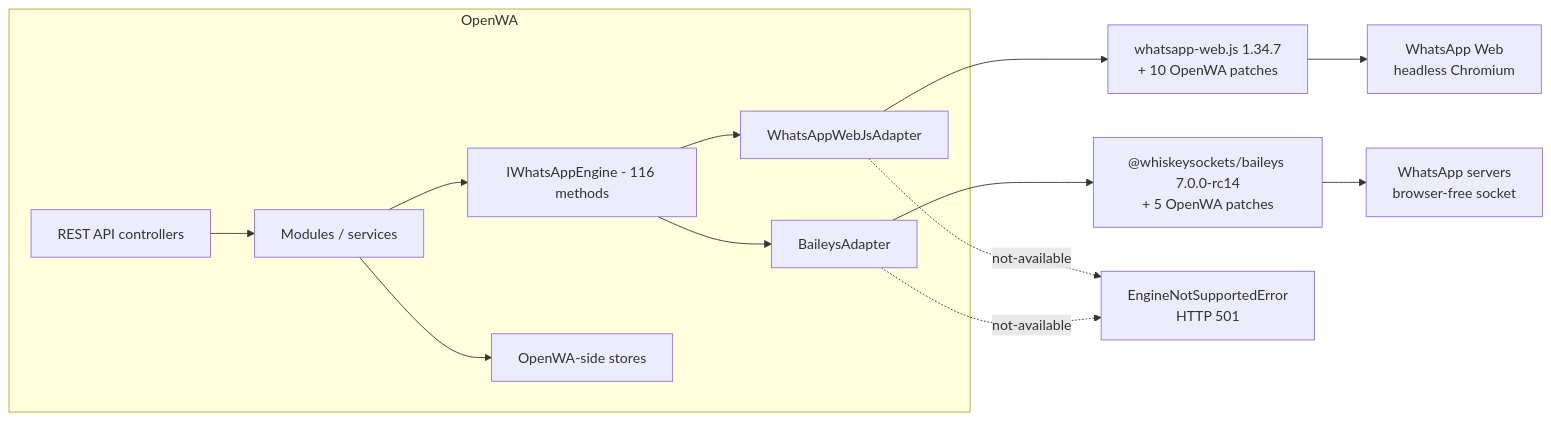
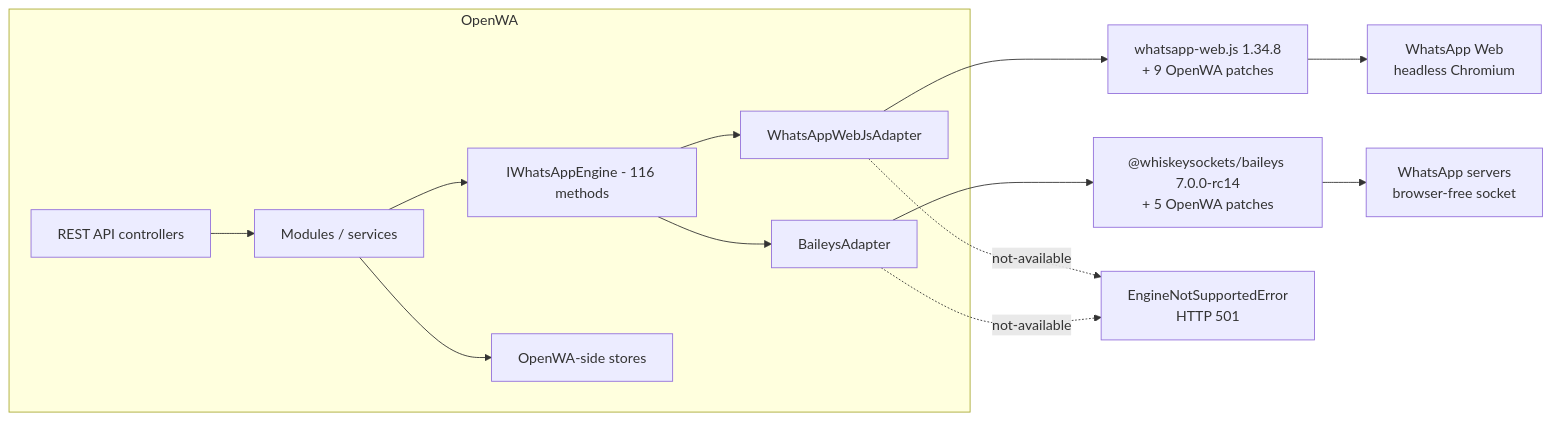
One commit to rmyndharis/OpenWA changed the first of 2 diagrams in docs/29-engine-capability-matrix.md. Above: the diagram before and after it, drawn with Mermaid. The commit also changed other lines of this file and 17 other files, not shown here.

First line of the commit message:
build(deps): update whatsapp-web.js to 1.34.8

````diff
--- a/docs/29-engine-capability-matrix.md
+++ b/docs/29-engine-capability-matrix.md
@@ -47,16 +47,16 @@
 ```mermaid
 flowchart LR
     subgraph OpenWA["OpenWA"]
         API["REST API controllers"] --> SVC["Modules / services"]
         SVC --> IF["IWhatsAppEngine - 116 methods"]
         IF --> WA["WhatsAppWebJsAdapter"]
         IF --> BA["BaileysAdapter"]
         SVC --> STORE["OpenWA-side stores"]
     end
-    WA --> WLIB["whatsapp-web.js 1.34.7<br/>+ 10 OpenWA patches"]
+    WA --> WLIB["whatsapp-web.js 1.34.8<br/>+ 9 OpenWA patches"]
     BA --> BLIB["@whiskeysockets/baileys 7.0.0-rc14<br/>+ 5 OpenWA patches"]
     WLIB --> WEB["WhatsApp Web<br/>headless Chromium"]
     BLIB --> WAS["WhatsApp servers<br/>browser-free socket"]
     WA -.->|"not-available"| E["EngineNotSupportedError<br/>HTTP 501"]
     BA -.->|"not-available"| E
 ```
````
